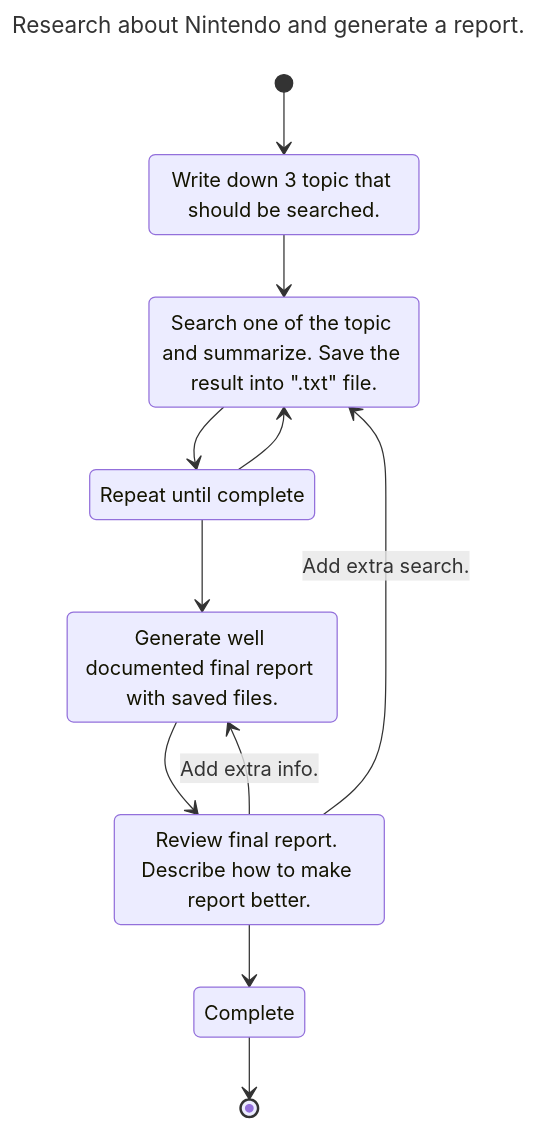
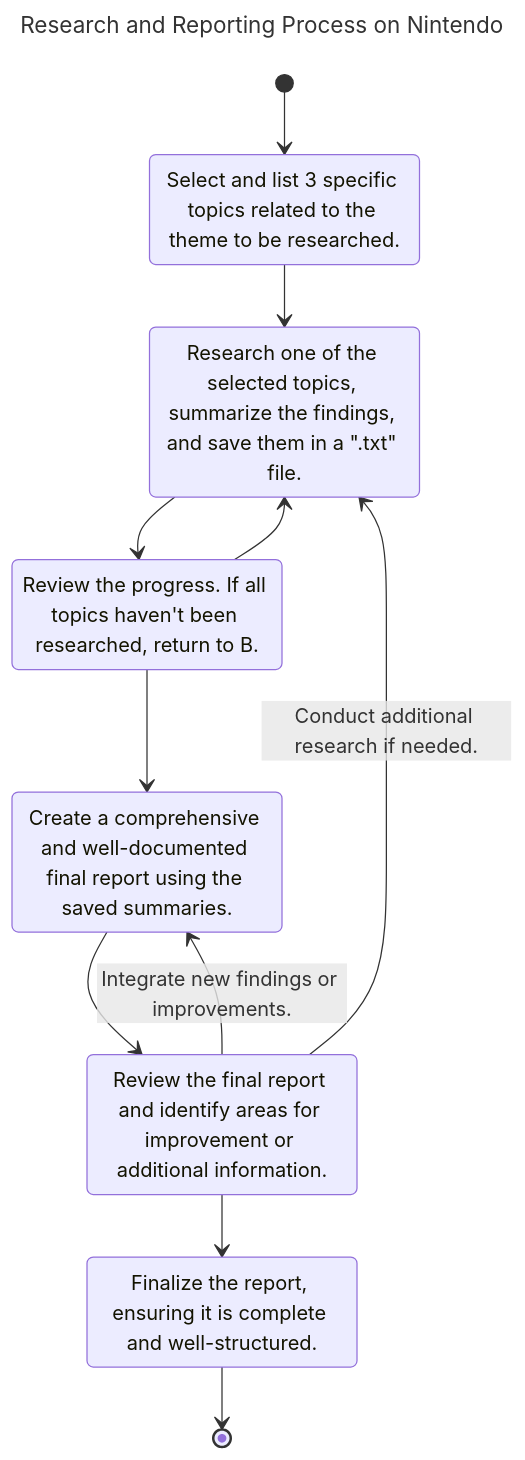
The third of 5 diagrams in README.md (fladdict/llmermaid), drawn with Mermaid before and after one commit. The commit also changed other lines of this file, not shown here.

````diff
--- a/README.md
+++ b/README.md
@@ -79,23 +78,23 @@
 ```mermaid
 ---
-title: Research about Nintendo and generate a report.
+title: Research and Reporting Process on Nintendo
 ---
 stateDiagram-v2
 [*] --> A
 A --> B
 B --> C
 C --> B
 C --> D
 D --> E
 E --> F
-E --> B : Add extra search.
-E --> D : Add extra info.
+E --> B : Conduct additional research if needed.
+E --> D : Integrate new findings or improvements.
 F --> [*]
 
-A: Write down 3 topic that should be searched.
-B: Search one of the topic and summarize. Save the result into ".txt" file.
-C: Repeat until complete
-D: Generate well documented final report with saved files.
-E: Review final report. Describe how to make report better.
-F: Complete
+A: Select and list 3 specific topics related to the theme to be researched.
+B: Research one of the selected topics, summarize the findings, and save them in a ".txt" file.
+C: Review the progress. If all topics haven't been researched, return to B.
+D: Create a comprehensive and well-documented final report using the saved summaries.
+E: Review the final report and identify areas for improvement or additional information.
+F: Finalize the report, ensuring it is complete and well-structured.
 ```
````
